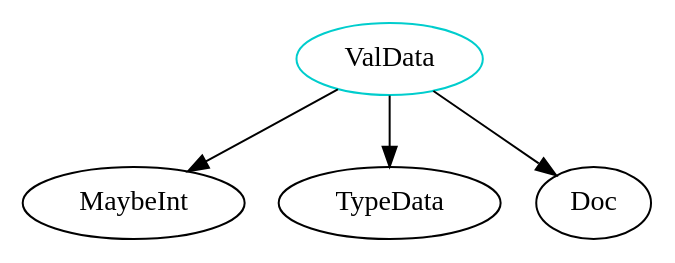
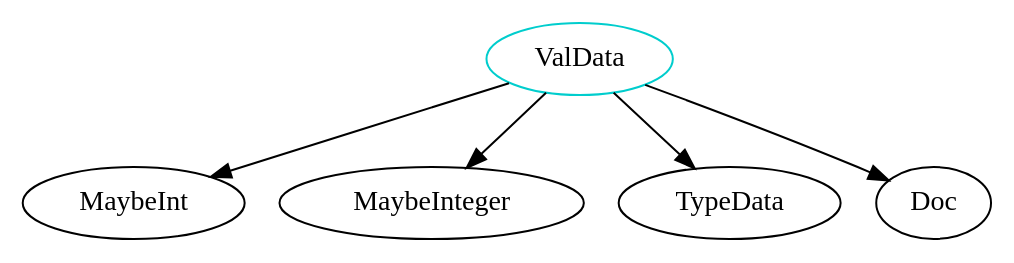
One commit to JacquesCarette/Drasil changed the diagram in analysis/TypeDependencyGraphs/gool/ValData.dot. Above: the diagram before and after it, drawn with Graphviz. The commit also changed 303 other files, not shown here.

```diff
--- a/analysis/TypeDependencyGraphs/gool/ValData.dot
+++ b/analysis/TypeDependencyGraphs/gool/ValData.dot
@@ -1,6 +1,7 @@
 digraph valdata{
 ValData	[shape=oval, color=cyan3, label="ValData"];
 ValData -> MaybeInt;
+ValData -> MaybeInteger;
 ValData -> TypeData;
 ValData -> Doc;
 }
```
